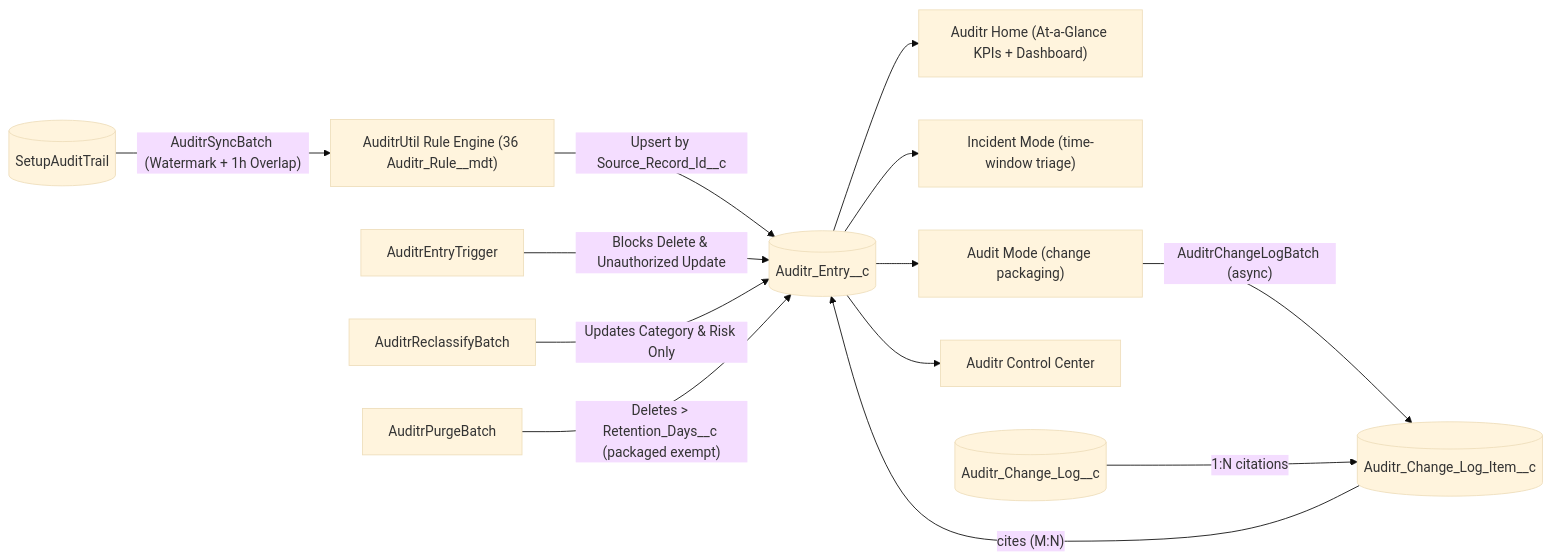
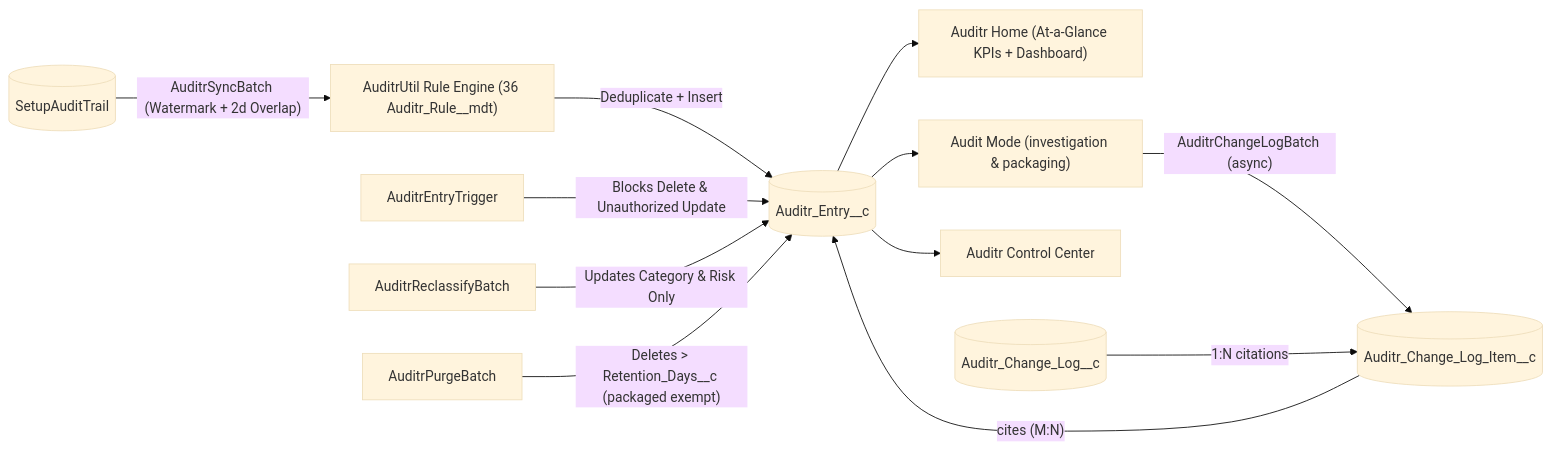
One commit to nithesh1992/Auditr changed the diagram in docs/architecture.md. Above: the diagram before and after it, drawn with Mermaid (base theme). The commit also changed other lines of this file and 16 other files, not shown here.

````diff
--- a/docs/architecture.md
+++ b/docs/architecture.md
@@ -35,15 +36,14 @@
 ```mermaid
 flowchart LR
-    SAT[("SetupAuditTrail")] -->|"AuditrSyncBatch (Watermark + 1h Overlap)"| UTIL["AuditrUtil Rule Engine (36 Auditr_Rule__mdt)"]
-    UTIL -->|"Upsert by Source_Record_Id__c"| ENTRY[("Auditr_Entry__c")]
+    SAT[("SetupAuditTrail")] -->|"AuditrSyncBatch (Watermark + 2d Overlap)"| UTIL["AuditrUtil Rule Engine (36 Auditr_Rule__mdt)"]
+    UTIL -->|"Deduplicate + Insert"| ENTRY[("Auditr_Entry__c")]
     TRIG["AuditrEntryTrigger"] -->|"Blocks Delete & Unauthorized Update"| ENTRY
     REC["AuditrReclassifyBatch"] -->|"Updates Category & Risk Only"| ENTRY
     PURGE["AuditrPurgeBatch"] -->|"Deletes > Retention_Days__c (packaged exempt)"| ENTRY
     ENTRY --> HOME["Auditr Home (At-a-Glance KPIs + Dashboard)"]
-    ENTRY --> INC["Incident Mode (time-window triage)"]
-    ENTRY --> AM["Audit Mode (change packaging)"]
+    ENTRY --> AM["Audit Mode (investigation & packaging)"]
     ENTRY --> CC["Auditr Control Center"]
     AM -->|"AuditrChangeLogBatch (async)"| ITEM[("Auditr_Change_Log_Item__c")]
     LOG[("Auditr_Change_Log__c")] -->|"1:N citations"| ITEM
     ITEM -->|"cites (M:N)"| ENTRY
 ```
````
